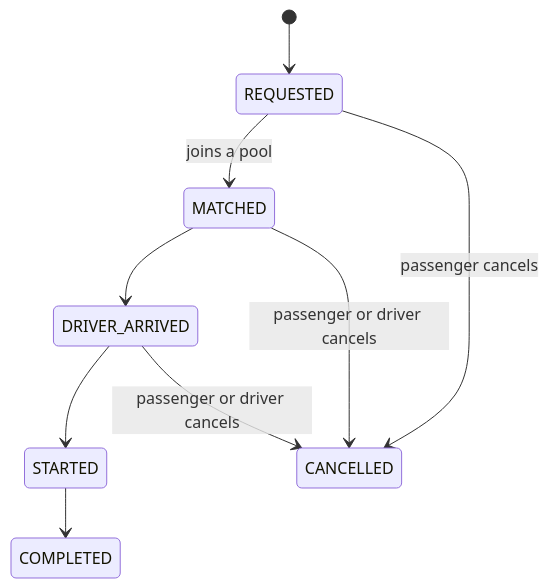
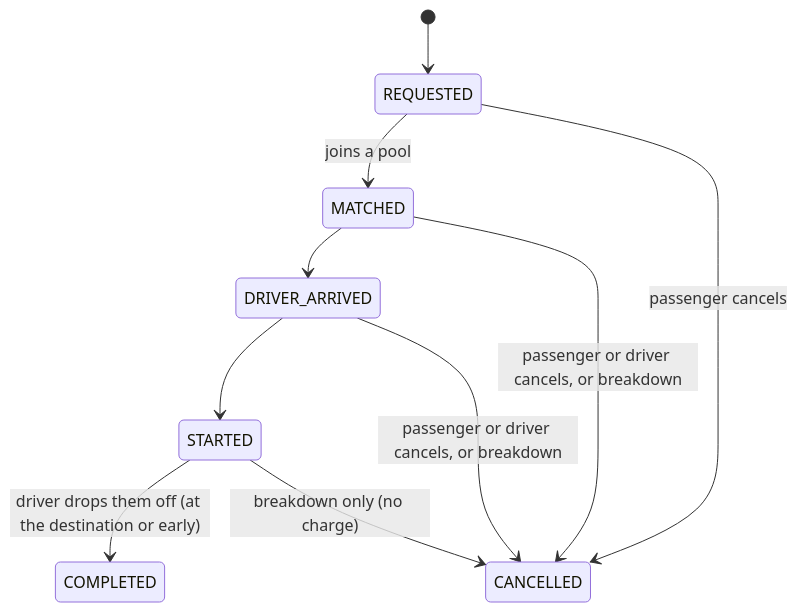
Before and after one commit to nabilanewaz/Lesgoo: the second of 4 diagrams in docs/DESIGN.md, drawn with Mermaid. The commit also changed other lines of this file, not shown here.

Commit message:
docs(design): document mid-trip events, early-drop fares and breakdown policy

````diff
--- a/docs/DESIGN.md
+++ b/docs/DESIGN.md
@@ -139,11 +144,12 @@
 ```mermaid
 stateDiagram-v2
     [*] --> REQUESTED
     REQUESTED --> MATCHED: joins a pool
     MATCHED --> DRIVER_ARRIVED
     DRIVER_ARRIVED --> STARTED
-    STARTED --> COMPLETED
+    STARTED --> COMPLETED: driver drops them off (at the destination or early)
     REQUESTED --> CANCELLED: passenger cancels
-    MATCHED --> CANCELLED: passenger or driver cancels
-    DRIVER_ARRIVED --> CANCELLED: passenger or driver cancels
+    MATCHED --> CANCELLED: passenger or driver cancels, or breakdown
+    DRIVER_ARRIVED --> CANCELLED: passenger or driver cancels, or breakdown
+    STARTED --> CANCELLED: breakdown only (no charge)
 ```
````
